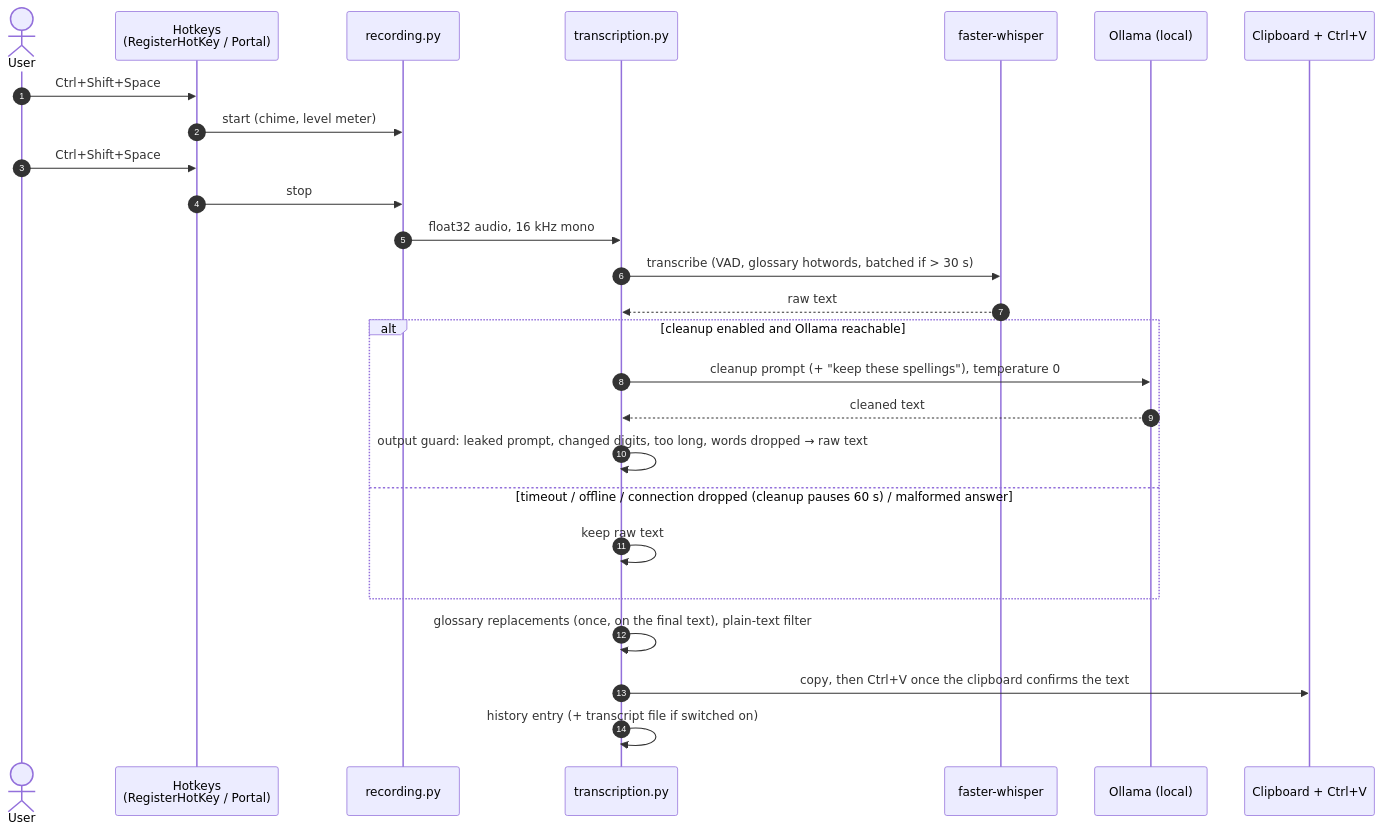
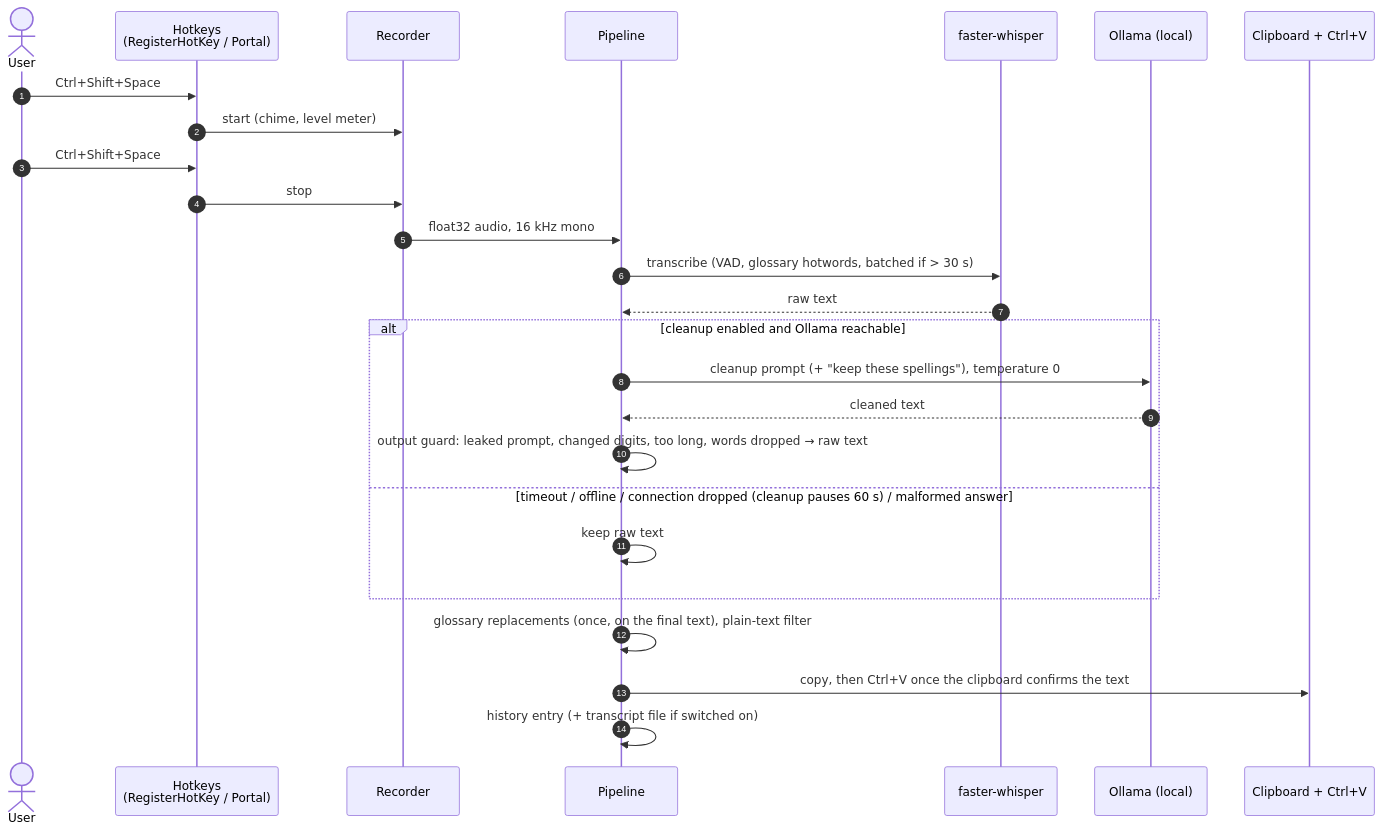
The second of 2 diagrams in docs/architecture.md (Mosaik114/hams-bachelorprojekt), drawn with Mermaid before and after one commit. The commit also changed other lines of this file and 7 other files, not shown here.

````diff
--- a/docs/architecture.md
+++ b/docs/architecture.md
@@ -8,29 +65,29 @@
 ```mermaid
 sequenceDiagram
   autonumber
   actor U as User
   participant HK as Hotkeys<br/>(RegisterHotKey / Portal)
-  participant REC as recording.py
-  participant TR as transcription.py
+  participant REC as Recorder
+  participant TR as Pipeline
   participant W as faster-whisper
   participant O as Ollama (local)
   participant OS as Clipboard + Ctrl+V
 
   U->>HK: Ctrl+Shift+Space
   HK->>REC: start (chime, level meter)
   U->>HK: Ctrl+Shift+Space
   HK->>REC: stop
   REC->>TR: float32 audio, 16 kHz mono
   TR->>W: transcribe (VAD, glossary hotwords, batched if > 30 s)
   W-->>TR: raw text
   alt cleanup enabled and Ollama reachable
     TR->>O: cleanup prompt (+ "keep these spellings"), temperature 0
     O-->>TR: cleaned text
     TR->>TR: output guard: leaked prompt, changed digits, too long, words dropped → raw text
   else timeout / offline / connection dropped (cleanup pauses 60 s) / malformed answer
     TR->>TR: keep raw text
   end
   TR->>TR: glossary replacements (once, on the final text), plain-text filter
   TR->>OS: copy, then Ctrl+V once the clipboard confirms the text
   TR->>TR: history entry (+ transcript file if switched on)
 ```
````
